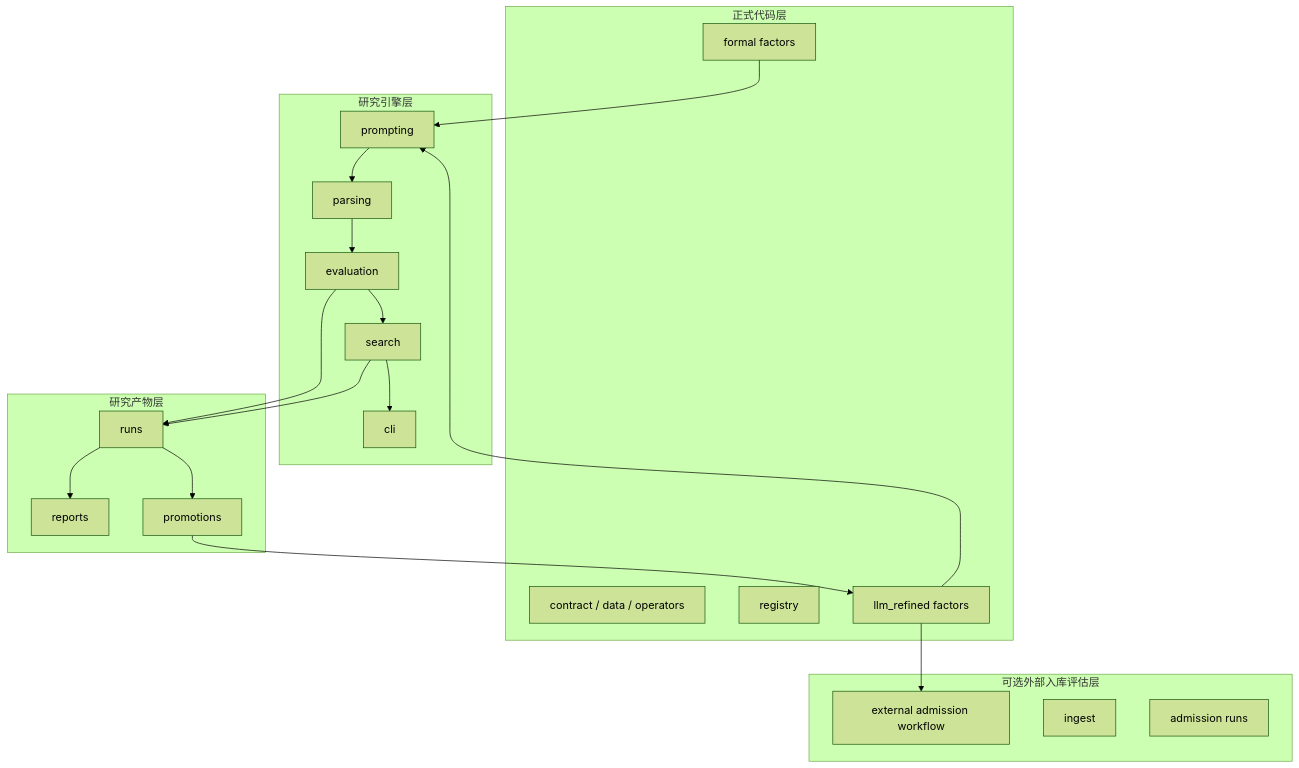
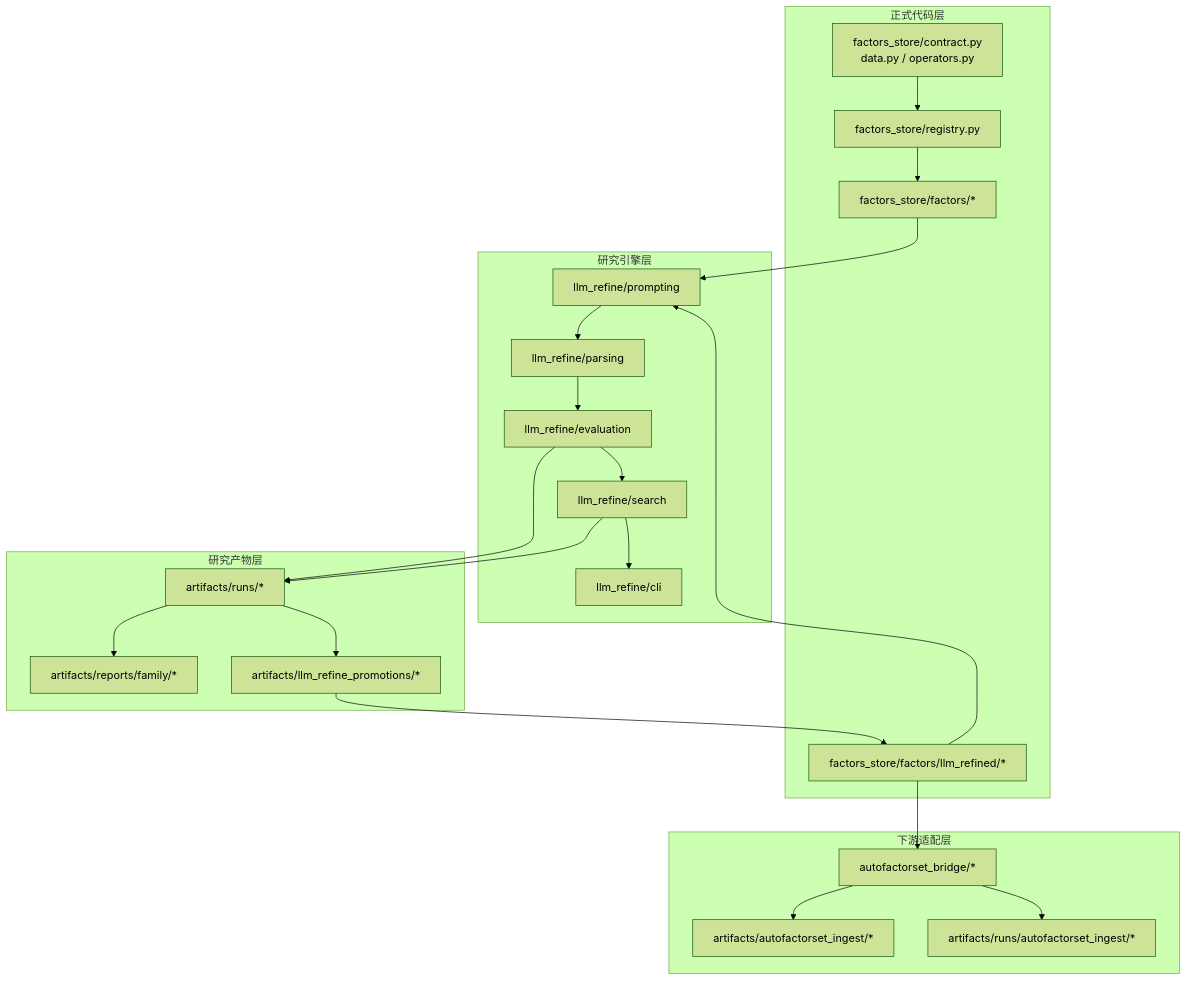
The second of 3 diagrams in README_CN.md (zhangxinyue1017/AlphaRefinery), drawn with Mermaid (forest theme) before and after one commit. The commit also changed other lines of this file and 10 other files, not shown here.

````diff
--- a/README_CN.md
+++ b/README_CN.md
@@ -124,39 +164,46 @@
 ```mermaid
 graph TD
     subgraph Code["正式代码层"]
-        A1["contract / data / operators"]
-        A2["registry"]
-        A3["formal factors"]
-        A4["llm_refined factors"]
+        A1["factors_store/contract.py<br/>data.py / operators.py"]
+        A2["factors_store/registry.py"]
+        A3["factors_store/factors/*"]
+        A4["factors_store/factors/llm_refined/*"]
     end
 
     subgraph Refine["研究引擎层"]
-        B1["prompting"]
-        B2["parsing"]
-        B3["evaluation"]
-        B4["search"]
-        B5["cli"]
+        B1["llm_refine/prompting"]
+        B2["llm_refine/parsing"]
+        B3["llm_refine/evaluation"]
+        B4["llm_refine/search"]
+        B5["llm_refine/cli"]
     end
 
     subgraph Artifact["研究产物层"]
-        C1["runs"]
-        C2["reports"]
-        C3["promotions"]
+        C1["artifacts/runs/*"]
+        C2["artifacts/reports/family/*"]
+        C3["artifacts/llm_refine_promotions/*"]
     end
 
-    subgraph Admission["可选外部入库评估层"]
-        D1["external admission workflow"]
-        D2["ingest"]
-        D3["admission runs"]
+    subgraph Admission["下游适配层"]
+        D1["autofactorset_bridge/*"]
+        D2["artifacts/autofactorset_ingest/*"]
+        D3["artifacts/runs/autofactorset_ingest/*"]
     end
 
+    A1 --> A2
+    A2 --> A3
+    B1 --> B2
+    B2 --> B3
+    B3 --> B4
+    B4 --> B5
     A3 --> B1
     A4 --> B1
-    B1 --> B2 --> B3 --> B4 --> B5
     B3 --> C1
     B4 --> C1
     C1 --> C2
     C1 --> C3
     C3 --> A4
     A4 --> D1
+    D1 --> D2
+    D1 --> D3
 ```
````
